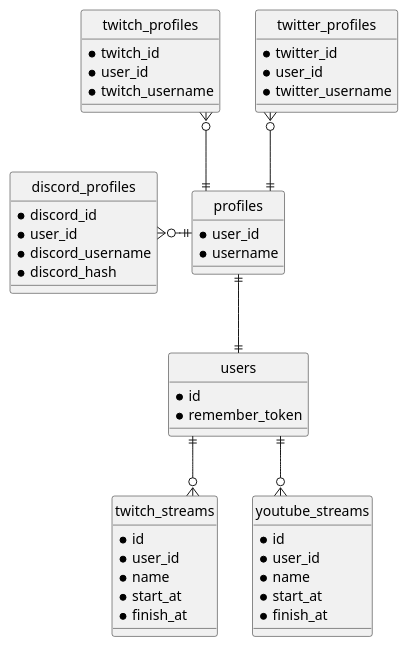
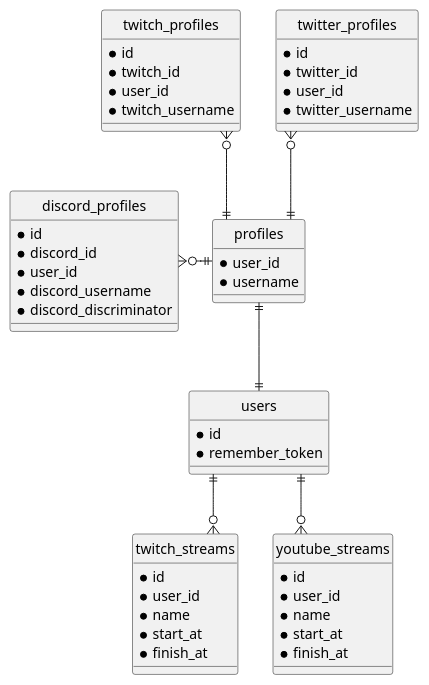
The diagram in database/er.pu (cma2819/rtachecker-documentation), drawn with PlantUML before and after one commit. The commit also changed 5 other files, not shown here.

Commit message:
Update and export diagrams

```diff
--- a/database/er.pu
+++ b/database/er.pu
@@ -1,60 +1,63 @@
 @startuml er_diagram
 
 ' hide the spot
 hide circle
 
 ' avoid problems with angled crows feet
 skinparam linetype ortho
 
 entity users {
     * id
     * remember_token
 }
 
 entity profiles {
     * user_id
     * username
 }
 profiles ||--|| users
 
 entity discord_profiles {
+    * id
     * discord_id
     * user_id
     * discord_username
-    * discord_hash
+    * discord_discriminator
 }
 discord_profiles }o-|| profiles
 
 entity twitch_profiles {
+    * id
     * twitch_id
     * user_id
     * twitch_username
 }
 twitch_profiles }o--|| profiles
 
 entity twitter_profiles {
+    * id
     * twitter_id
     * user_id
     * twitter_username
 }
 twitter_profiles }o--|| profiles
 
 entity twitch_streams {
     * id
     * user_id
     * name
     * start_at
     * finish_at
 }
 users ||--o{ twitch_streams
 
 entity youtube_streams {
     * id
     * user_id
     * name
     * start_at
     * finish_at
 }
 users ||--o{ youtube_streams
 
 @enduml
```
